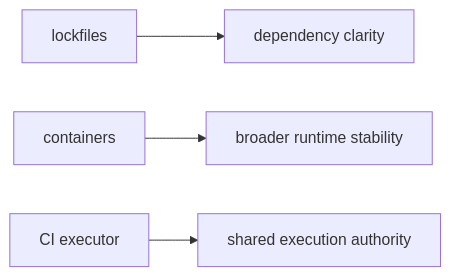
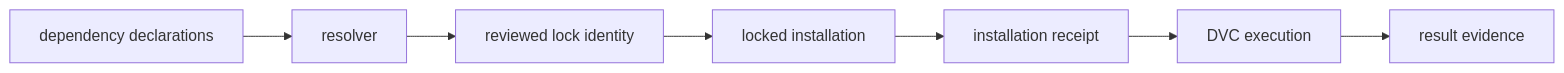
The third of 4 diagrams in programs/reproducible-research/deep-dive-dvc/course-book/module-03-execution-environments-reproducible-inputs/lockfiles-containers-and-ci-as-environment-strategies.md (bijux/bijux-masterclass), drawn with Mermaid before and after one commit. The commit also changed other lines of this file, not shown here.

Commit message:
docs(dvc): choose environment controls by evidence boundary

````diff
--- a/programs/reproducible-research/deep-dive-dvc/course-book/module-03-execution-environments-reproducible-inputs/lockfiles-containers-and-ci-as-environment-strategies.md
+++ b/programs/reproducible-research/deep-dive-dvc/course-book/module-03-execution-environments-reproducible-inputs/lockfiles-containers-and-ci-as-environment-strategies.md
@@ -103,6 +94,9 @@
 ```mermaid
 flowchart LR
-  lock["lockfiles"] --> clarity["dependency clarity"]
-  container["containers"] --> stability["broader runtime stability"]
-  ci["CI executor"] --> authority["shared execution authority"]
+  declaration["dependency declarations"] --> resolver["resolver"]
+  resolver --> lock["reviewed lock identity"]
+  lock --> installer["locked installation"]
+  installer --> receipt["installation receipt"]
+  receipt --> run["DVC execution"]
+  run --> result["result evidence"]
 ```
````
